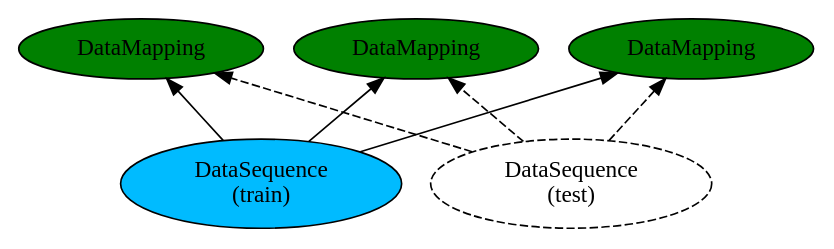
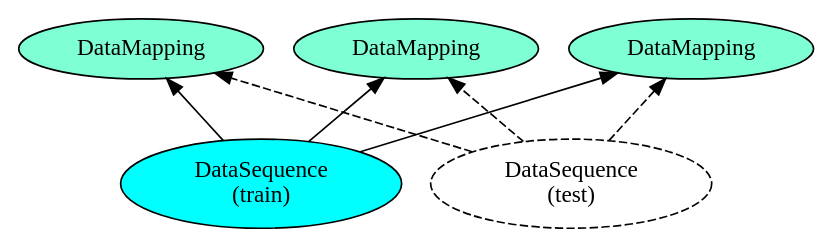
One commit to netheril96/images changed the diagram in abstraction_and_unification_of_data_input/select.dot. Above: the diagram before and after it, drawn with Graphviz. The commit also changed 9 other files, not shown here.

```diff
--- a/abstraction_and_unification_of_data_input/select.dot
+++ b/abstraction_and_unification_of_data_input/select.dot
@@ -1,16 +1,16 @@
 digraph Network {
     rankdir=BT;
-    d0 [label="DataSequence\n(train)", style="filled", fillcolor="#00BBFF"];
+    d0 [label="DataSequence\n(train)", style="filled", fillcolor="#00FFFF"];
     d1 [label="DataSequence\n(test)", style=dashed];
-    d2 [label="DataMapping", style="filled", fillcolor="green"];
-    d3 [label="DataMapping", style="filled", fillcolor="green"];
-    d4 [label="DataMapping", style="filled", fillcolor="green"];
+    d2 [label="DataMapping", style="filled", fillcolor="#7FFFD4"];
+    d3 [label="DataMapping", style="filled", fillcolor="#7FFFD4"];
+    d4 [label="DataMapping", style="filled", fillcolor="#7FFFD4"];
 
     d0 -> d2;
     d0 -> d3;
     d0 -> d4;
 
     d1 -> d2 [style=dashed];
     d1 -> d3 [style=dashed];
     d1 -> d4 [style=dashed];
 }
```
